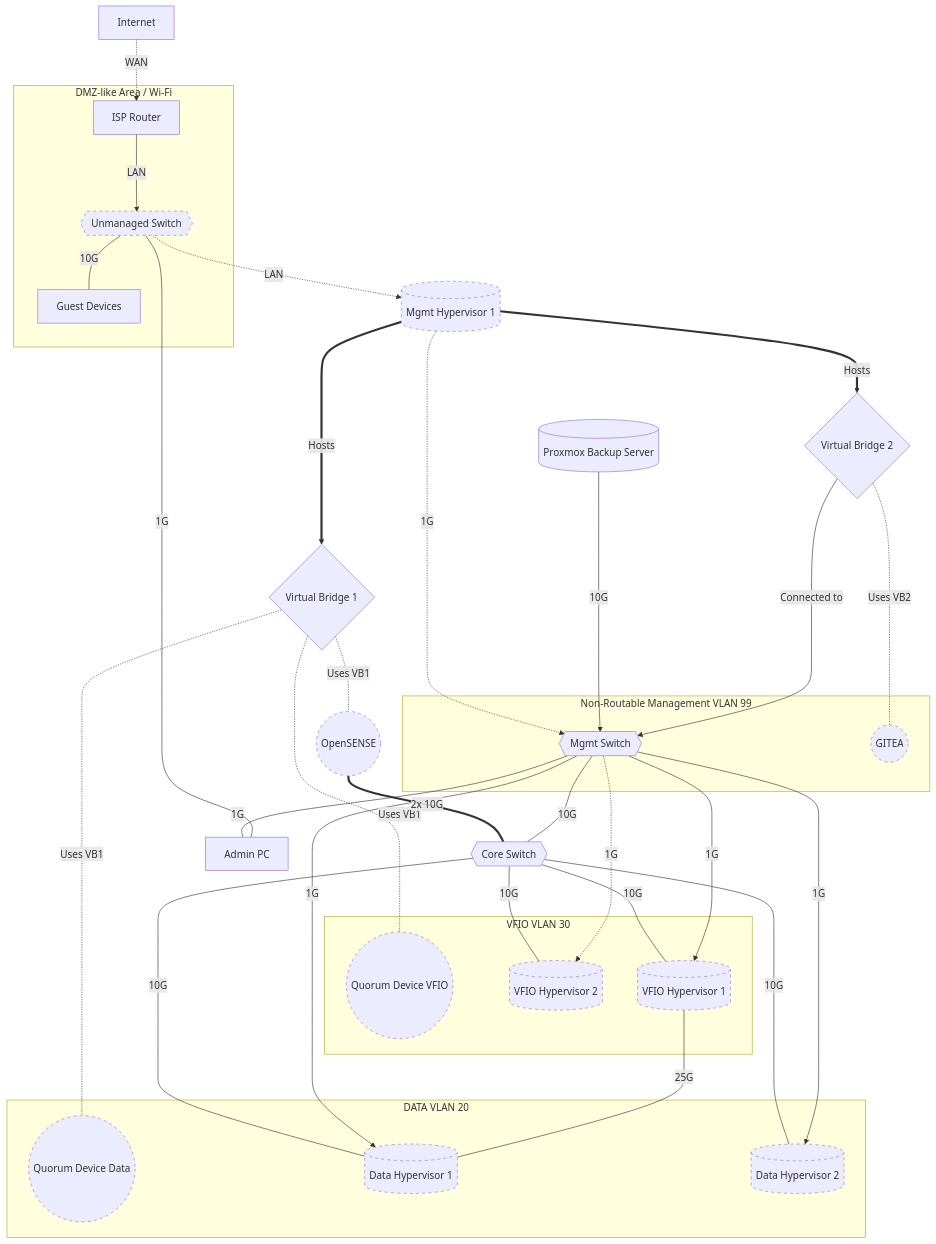
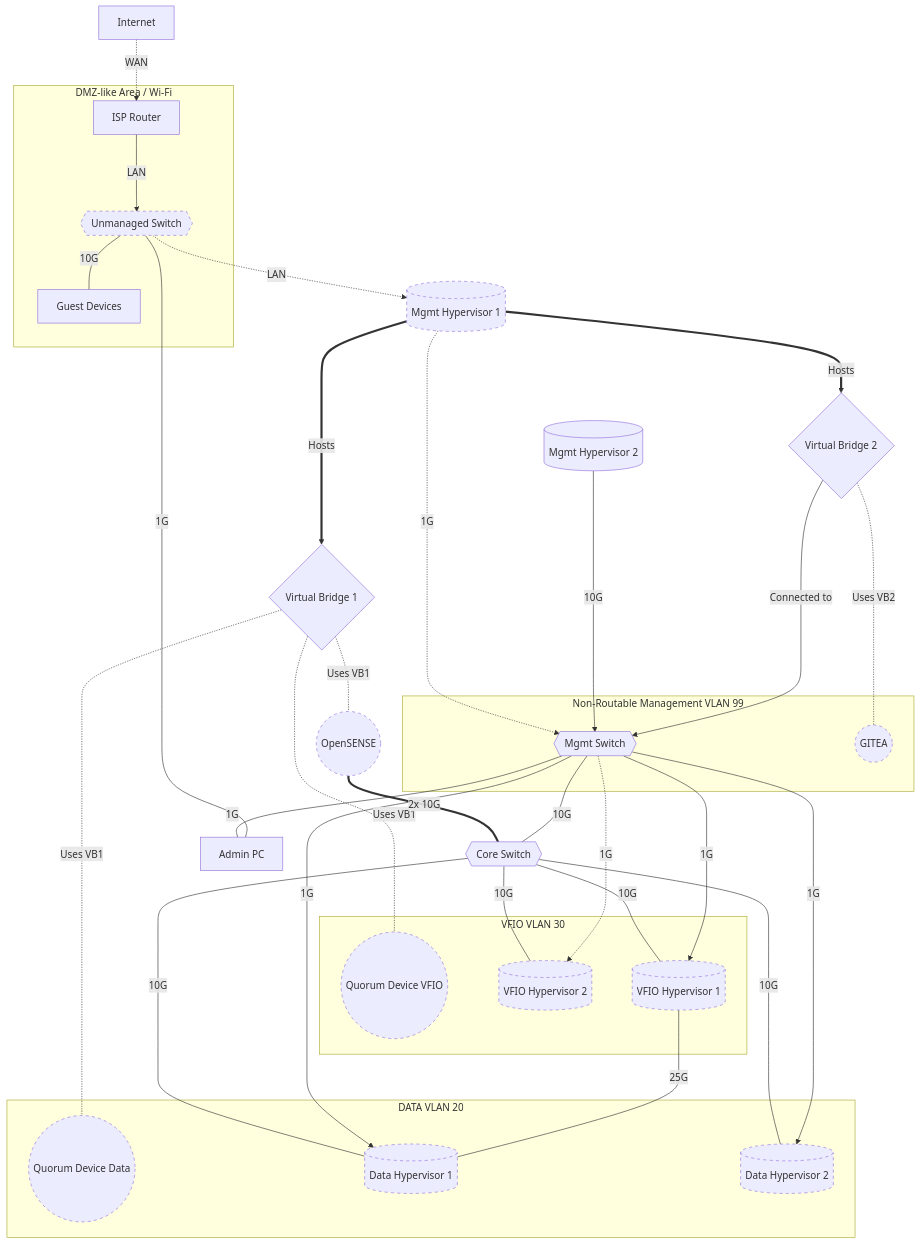
One commit to woeiru/lab changed the diagram in alp/netop.md. Above: the diagram before and after it, drawn with Mermaid.

Commit message:
standard

````diff
--- a/alp/netop.md
+++ b/alp/netop.md
@@ -3,51 +3,51 @@
 ```mermaid
 graph TD
  INT[Internet] -.-> |WAN| ISPR[ISP Router]
     ISPR ---> |LAN| US
     US{{Unmanaged Switch}} -.-> |LAN| MH1
     VB1{Virtual Bridge 1} -.- |"Uses VB1"| QDV((Quorum Device VFIO))
     VB1 -.- |"Uses VB1"| QDD((Quorum Device Data))
     VB1 -.- |"Uses VB1"| OPN((OpenSENSE))
     OPN ===|"2x 10G"| CS{{Core Switch}}
     MH1[(Mgmt Hypervisor 1)] -.-> |"1G"| MS{{Mgmt Switch}}
-    PBS[(Proxmox Backup Server)] ---> |"10G"| MS
+    MH2[(Mgmt Hypervisor 2)] ---> |"10G"| MS
     MS --- |"10G"| CS
     MS ---|"1G"| APC[Admin PC]
     APC ---|"1G"| US
     MH1 ==>|"Hosts"| VB1
     MH1 ==>|"Hosts"| VB2{Virtual Bridge 2}
     VB2 -.- |"Uses VB2"| GIT((GITEA))
     VB2 ---> |"Connected to"| MS
     CS ---|"10G"| VH2[(VFIO Hypervisor 2)]
     MS -.->|"1G"| VH2
     US ---|"10G"| GD[Guest Devices]
     CS ---|"10G"| VH1[(VFIO Hypervisor 1)]
     MS --->|"1G"| VH1
     CS ---|"10G"| DH1[(Data Hypervisor 1)]
     MS --->|"1G"| DH1
     CS ---|"10G"| DH2[(Data Hypervisor 2)]
     MS --->|"1G"| DH2
     VH1 ---|"25G"| DH1
     subgraph VLAN20 [DATA VLAN 20]
         DH1
         DH2
         QDD
     end
     subgraph VLAN30 [VFIO VLAN 30]
         VH1
         VH2
         QDV
     end
     subgraph VLAN99 [Non-Routable Management VLAN 99]
         MS
         GIT
     end
     subgraph DMZ [DMZ-like Area / Wi-Fi]
         ISPR
         GD
         US
     end
 
     classDef punctuated stroke-dasharray: 5 5;
     class US,MH1,VH1,VH2,DH1,DH2,GIT,QDV,QDD,OPN punctuated;
 ```
````
